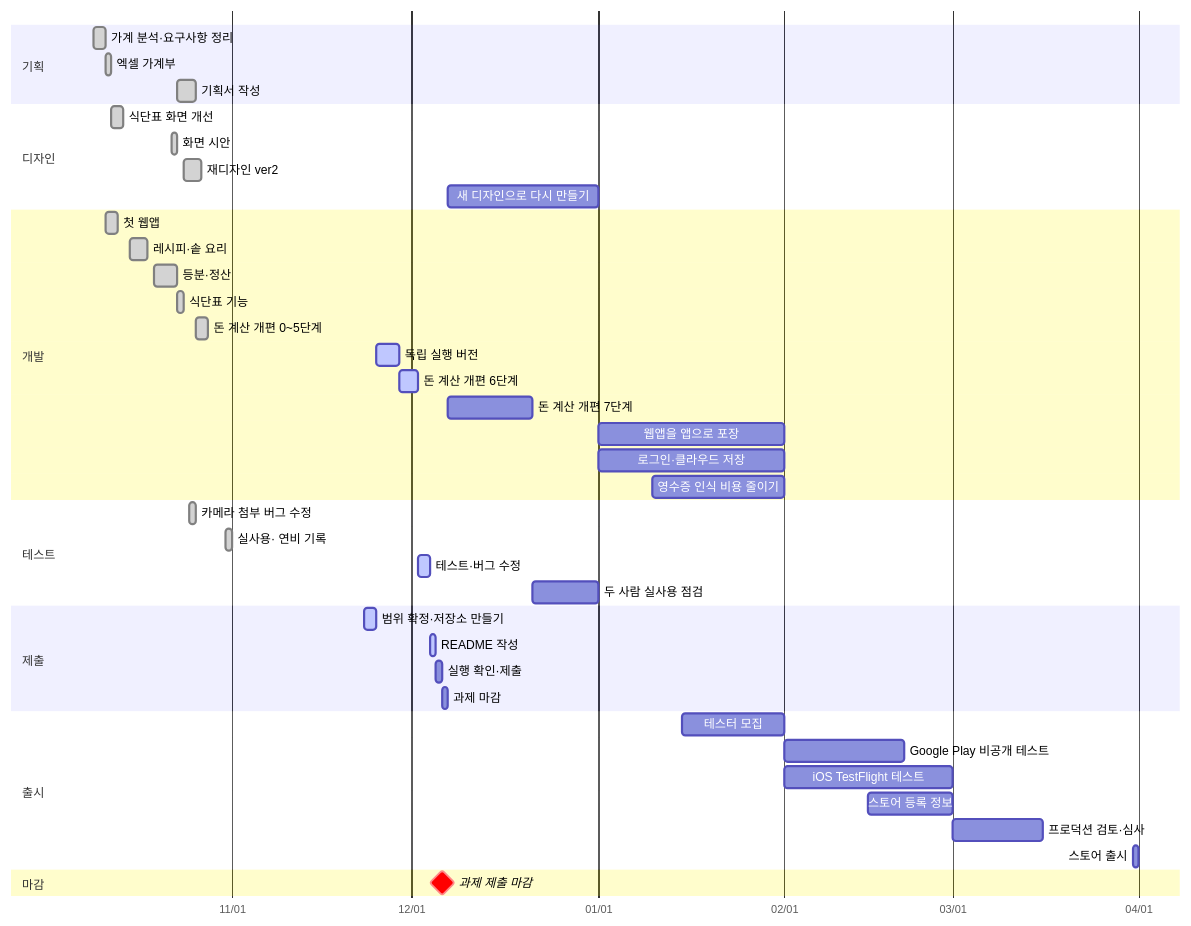
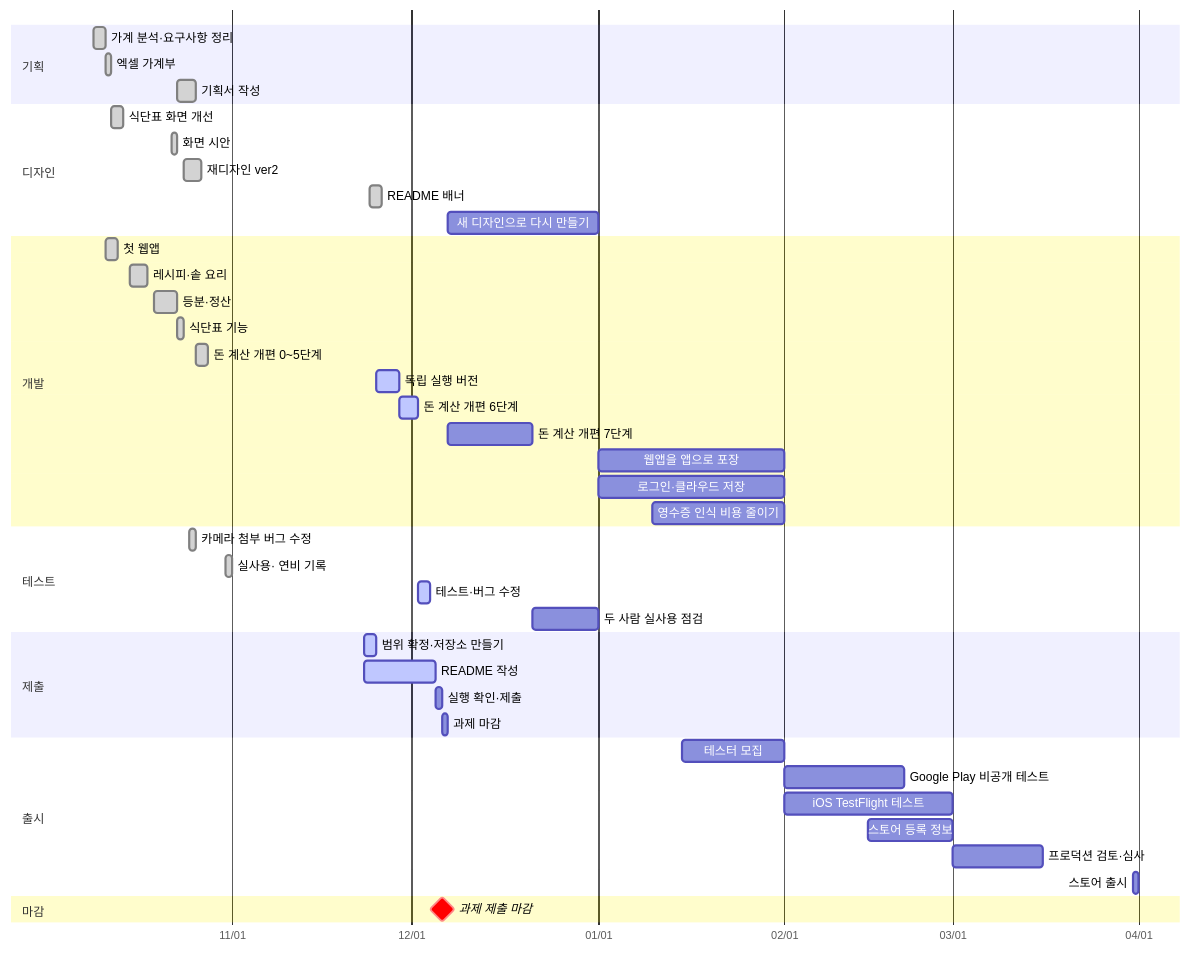
The diagram in README.md (khj1870-robotics/our-home-fridge), drawn with Mermaid before and after one commit. The commit also changed other lines of this file, not shown here.

````diff
--- a/README.md
+++ b/README.md
@@ -138,46 +138,47 @@
 ```mermaid
 gantt
     dateFormat YYYY-MM-DD
     axisFormat %m/%d
     todayMarker stroke-width:3px,stroke:#D93025
     section 기획
     가계 분석·요구사항 정리 :done, 2026-10-09, 2d
     엑셀 가계부 :done, 2026-10-11, 1d
     기획서 작성 :done, 2026-10-23, 3d
     section 디자인
     식단표 화면 개선 :done, 2026-10-12, 2d
     화면 시안 :done, 2026-10-22, 1d
     재디자인 ver2 :done, 2026-10-24, 3d
+    README 배너 :done, 2026-11-24, 2d
     새 디자인으로 다시 만들기 :2026-12-07, 25d
     section 개발
     첫 웹앱 :done, 2026-10-11, 2d
     레시피·솥 요리 :done, 2026-10-15, 3d
     등분·정산 :done, 2026-10-19, 4d
     식단표 기능 :done, 2026-10-23, 1d
     돈 계산 개편 0~5단계 :done, 2026-10-26, 2d
     독립 실행 버전 :active, 2026-11-25, 4d
     돈 계산 개편 6단계 :active, 2026-11-29, 3d
     돈 계산 개편 7단계 :2026-12-07, 14d
     웹앱을 앱으로 포장 :2027-01-01, 31d
     로그인·클라우드 저장 :2027-01-01, 31d
     영수증 인식 비용 줄이기 :2027-01-10, 22d
     section 테스트
     카메라 첨부 버그 수정 :done, 2026-10-25, 1d
     실사용· 연비 기록 :done, 2026-10-31, 1d
     테스트·버그 수정 :active, 2026-12-02, 2d
     두 사람 실사용 점검 :2026-12-21, 11d
     section 제출
     범위 확정·저장소 만들기 :active, 2026-11-23, 2d
-    README 작성 :active, 2026-12-04, 1d
+    README 작성 :active, 2026-11-23, 12d
     실행 확인·제출 :2026-12-05, 1d
     과제 마감 :2026-12-06, 1d
     section 출시
     테스터 모집 :2027-01-15, 17d
     Google Play 비공개 테스트 :2027-02-01, 20d
     iOS TestFlight 테스트 :2027-02-01, 28d
     스토어 등록 정보 :2027-02-15, 14d
     프로덕션 검토·심사 :2027-03-01, 15d
     스토어 출시 :2027-03-31, 1d
     section 마감
     과제 제출 마감 :milestone, crit, 2026-12-06, 0d
 ```
````
